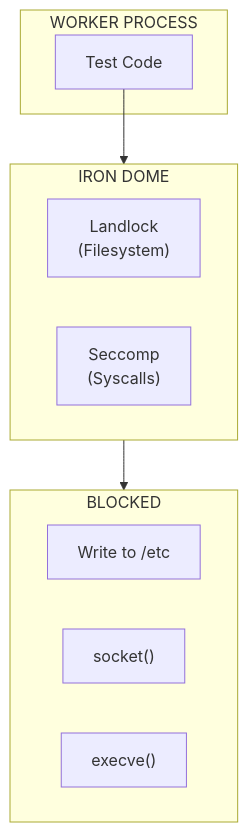
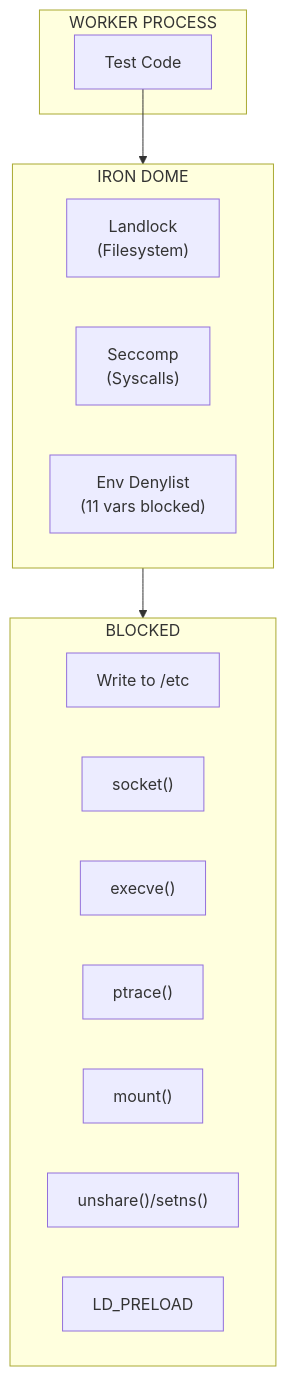
One commit to NikkeTryHard/tach-core changed the first of 3 diagrams in docs/architecture/sandbox.md. Above: the diagram before and after it, drawn with Mermaid. The commit also changed other lines of this file and 34 other files, not shown here.

````diff
--- a/docs/architecture/sandbox.md
+++ b/docs/architecture/sandbox.md
@@ -14,20 +15,25 @@
 ```mermaid
 flowchart TB
     subgraph Worker["WORKER PROCESS"]
         Test["Test Code"]
     end
 
     subgraph IronDome["IRON DOME"]
         Landlock["Landlock<br/>(Filesystem)"]
         Seccomp["Seccomp<br/>(Syscalls)"]
+        EnvFilter["Env Denylist<br/>(11 vars blocked)"]
     end
 
     subgraph Blocked["BLOCKED"]
         FS["Write to /etc"]
         Net["socket()"]
         Exec["execve()"]
+        Ptrace["ptrace()"]
+        Mount["mount()"]
+        Namespace["unshare()/setns()"]
+        LDPreload["LD_PRELOAD"]
     end
 
     Test --> IronDome
     IronDome --> Blocked
 ```
````
